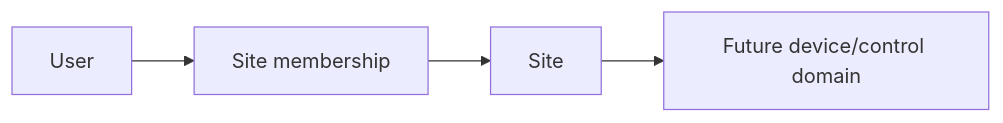
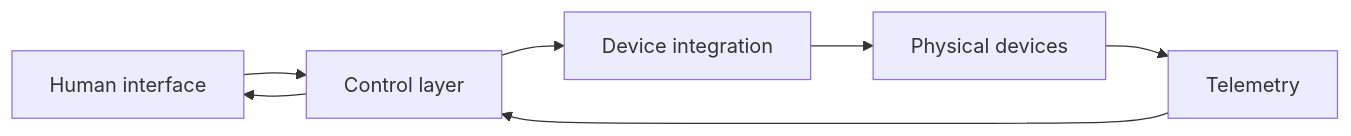
Before and after one commit to farismnrr/portofolio: the third of 3 diagrams in frontend/content/projects/sensio-iot.md, drawn with Mermaid. The commit also changed other lines of this file and 6 other files, not shown here.

````diff
--- a/frontend/content/projects/sensio-iot.md
+++ b/frontend/content/projects/sensio-iot.md
@@ -87,6 +112,9 @@
 ```mermaid
 flowchart LR
-    U[User] --> M[Site membership]
-    M --> S[Site]
-    S --> D[Future device/control domain]
+    H[Human interface] --> C[Control layer]
+    C --> D[Device integration]
+    D --> P[Physical devices]
+    P --> T[Telemetry]
+    T --> C
+    C --> H
 ```
````
